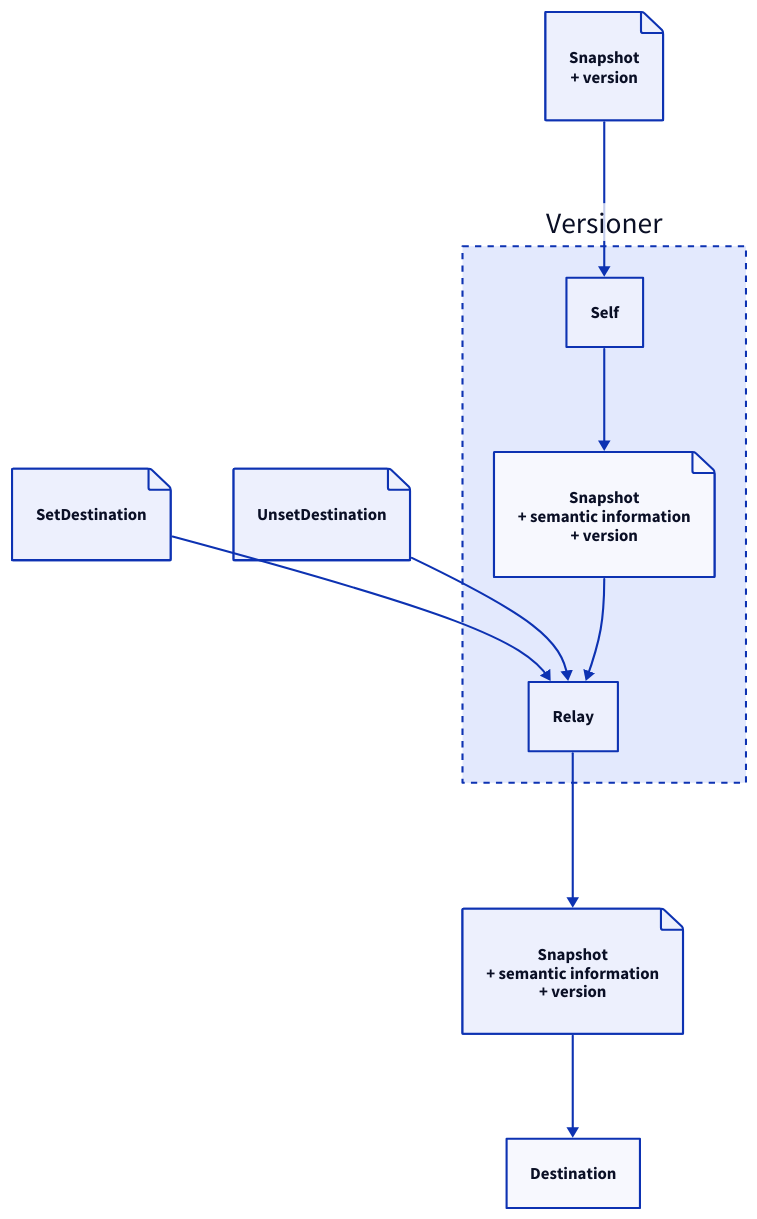
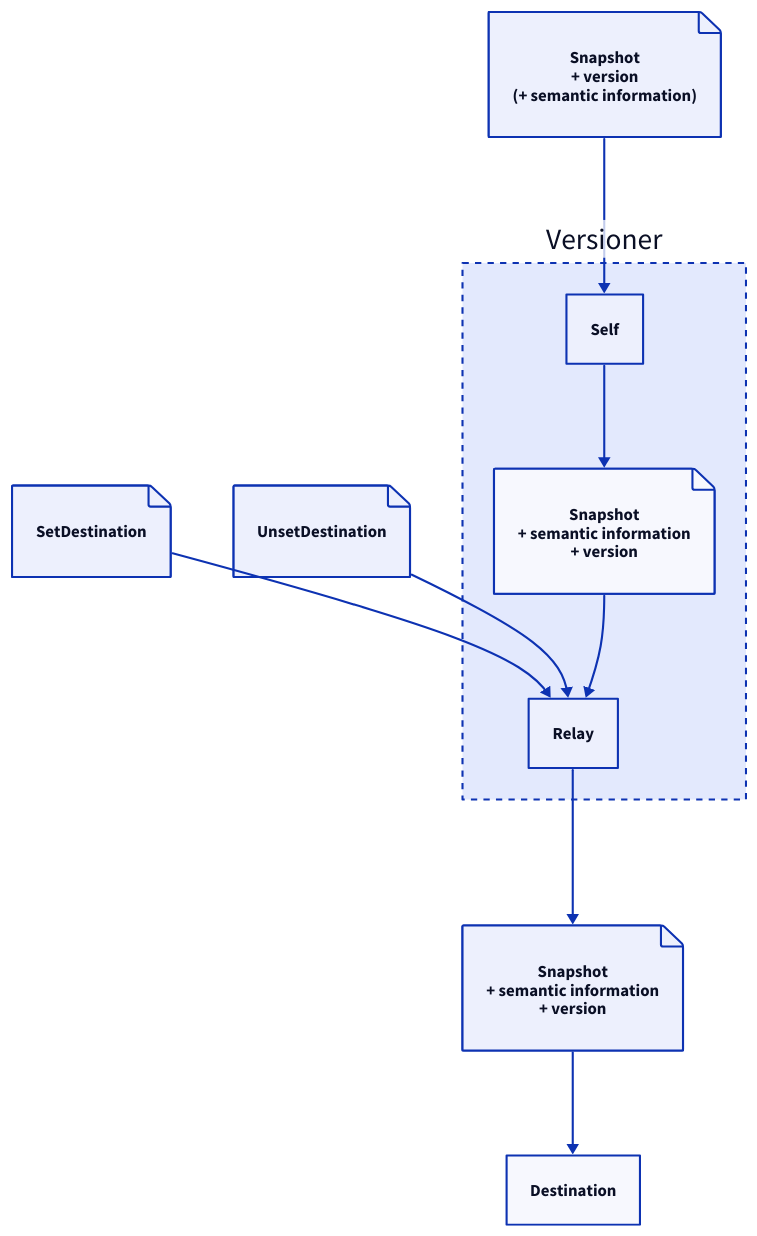
The diagram in source/actors/state/versioner/Versioner.d2 (MostlyIT/nact-extensions), drawn with D2 before and after one commit.

Commit message:
Fix error in Versioner diagram.
Incoming state snapshots might have semantic information attached.

```diff
--- a/source/actors/state/versioner/Versioner.d2
+++ b/source/actors/state/versioner/Versioner.d2
@@ -1,42 +1,42 @@
 classes: {
   composition: {
     style.stroke-dash: 3
   }
 }
 
 # Input messages
 SetDestination: {
   shape: page
 }
 SetDestination -> Versioner.Relay
-InputSnapshot: Snapshot\n+ version {
+InputSnapshot: Snapshot\n+ version\n(+ semantic information) {
   shape: page
 }
 InputSnapshot -> Versioner.Self
 UnsetDestination: {
   shape: page
 }
 UnsetDestination -> Versioner.Relay
 
 # Main actor
 Versioner: {
   class: composition
 
   # Internal actors
   Relay
   Self
 
   Snapshot: Snapshot\n+ semantic information\n+ version {
     shape: page
   }
   Self -> Snapshot -> Relay
 }
 
 # Output messages
 OutputSnapshot: Snapshot\n+ semantic information\n+ version {
   shape: page
 }
 Versioner.Relay -> OutputSnapshot -> Destination
 
 # Environment actors
 Destination
```
